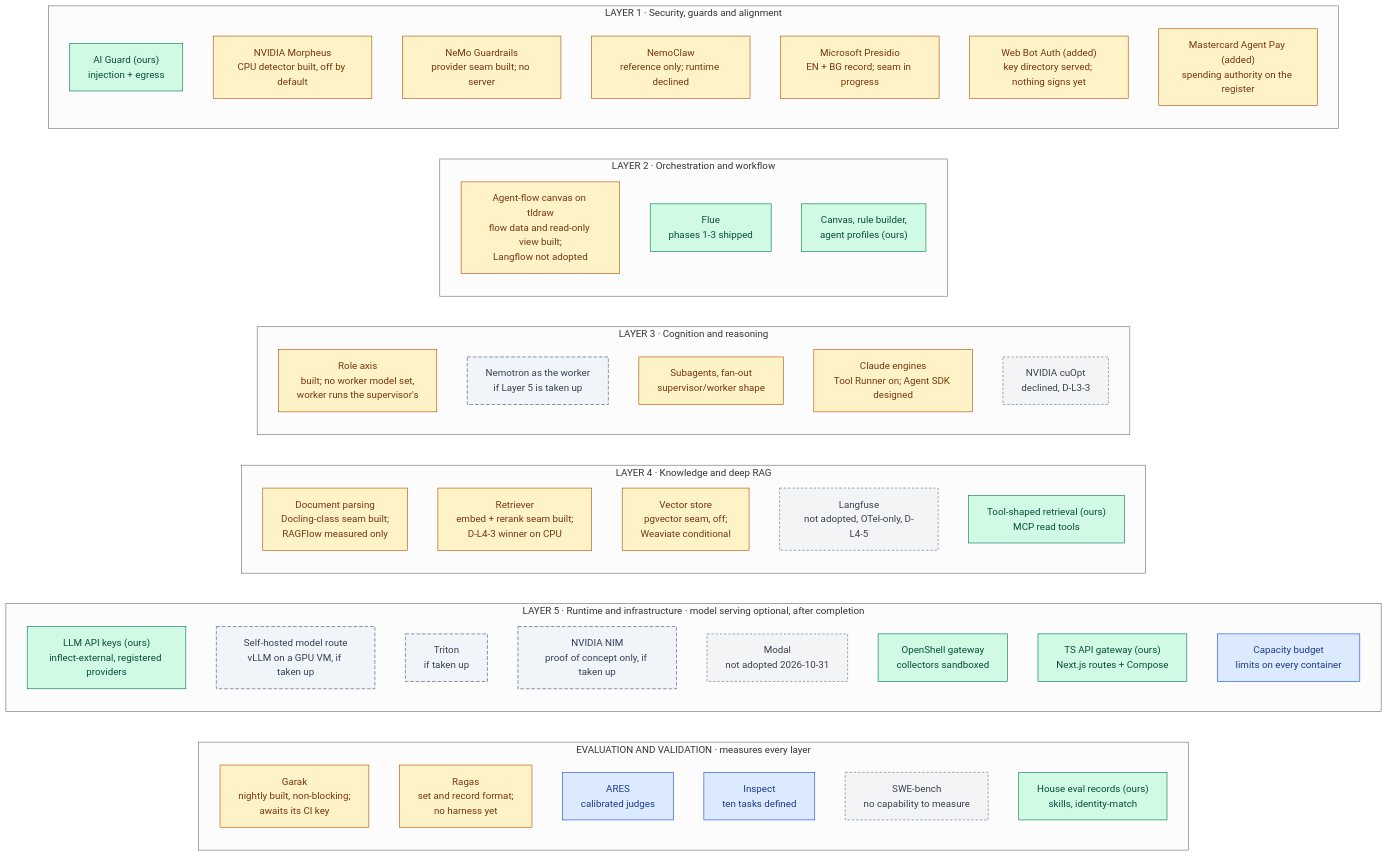
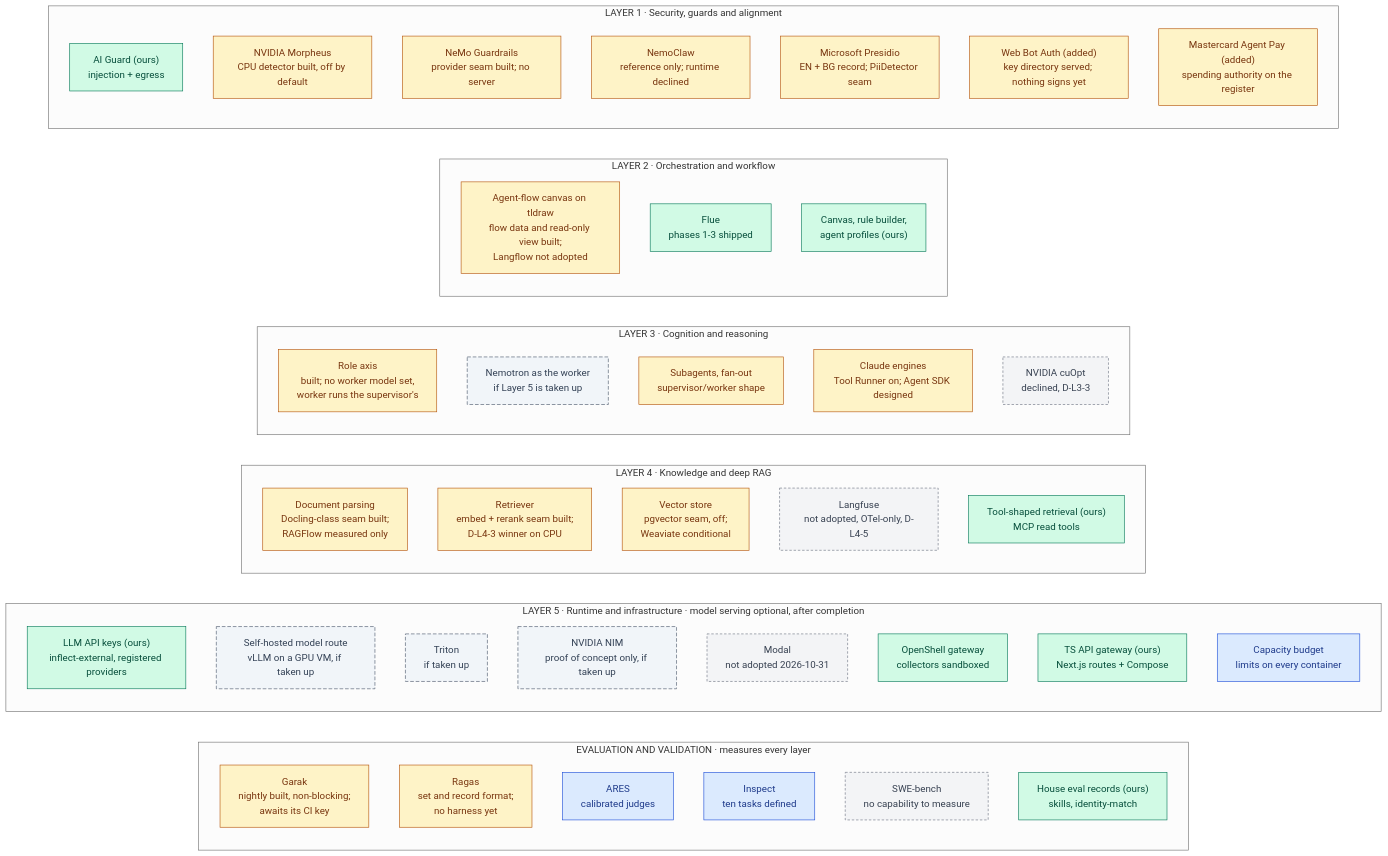
Before and after one commit to RodnaPamet/inflect-compliance: the first of 5 diagrams in docs/ai-architecture-roadmap.md, drawn with Mermaid (neutral theme). The commit also changed other lines of this file, not shown here.

First line of the commit message:
docs(ai-roadmap): the master names the shared in-deployment dial and the built Presidio seam

````diff
--- a/docs/ai-architecture-roadmap.md
+++ b/docs/ai-architecture-roadmap.md
@@ -62,66 +62,66 @@
 ```mermaid
 flowchart LR
   subgraph EV["EVALUATION AND VALIDATION · measures every layer"]
     direction TB
     GA["Garak<br/>nightly built, non-blocking;<br/>awaits its CI key"]:::partial
     RA["Ragas<br/>set and record format;<br/>no harness yet"]:::partial
     AR["ARES<br/>calibrated judges"]:::todo
     IS["Inspect<br/>ten tasks defined"]:::todo
     SB["SWE-bench<br/>no capability to measure"]:::declined
     HR["House eval records (ours)<br/>skills, identity-match"]:::done
   end
 
   subgraph L5["LAYER 5 · Runtime and infrastructure · model serving optional, after completion"]
     direction TB
     API["LLM API keys (ours)<br/>inflect-external, registered providers"]:::done
     MD["Self-hosted model route<br/>vLLM on a GPU VM, if taken up"]:::optional
     TT["Triton<br/>if taken up"]:::optional
     NIM["NVIDIA NIM<br/>proof of concept only, if taken up"]:::optional
     MO5["Modal<br/>not adopted 2026-10-31"]:::declined
     OS["OpenShell gateway<br/>collectors sandboxed"]:::done
     GW["TS API gateway (ours)<br/>Next.js routes + Compose"]:::done
     CAP["Capacity budget<br/>limits on every container"]:::todo
   end
 
   subgraph L4["LAYER 4 · Knowledge and deep RAG"]
     direction TB
     RF["Document parsing<br/>Docling-class seam built;<br/>RAGFlow measured only"]:::partial
     RT["Retriever<br/>embed + rerank seam built;<br/>D-L4-3 winner on CPU"]:::partial
     WV["Vector store<br/>pgvector seam, off;<br/>Weaviate conditional"]:::partial
     LU["Langfuse<br/>not adopted, OTel-only, D-L4-5"]:::declined
     TR["Tool-shaped retrieval (ours)<br/>MCP read tools"]:::done
   end
 
   subgraph L3["LAYER 3 · Cognition and reasoning"]
     direction TB
     NR["Role axis<br/>built; no worker model set,<br/>worker runs the supervisor's"]:::partial
     NW["Nemotron as the worker<br/>if Layer 5 is taken up"]:::optional
     SW["Subagents, fan-out<br/>supervisor/worker shape"]:::partial
     CL["Claude engines<br/>Tool Runner on; Agent SDK designed"]:::partial
     CO["NVIDIA cuOpt<br/>declined, D-L3-3"]:::declined
   end
 
   subgraph L2["LAYER 2 · Orchestration and workflow"]
     direction TB
     LF["Agent-flow canvas on tldraw<br/>flow data and read-only view built;<br/>Langflow not adopted"]:::partial
     FL["Flue<br/>phases 1-3 shipped"]:::done
     CV["Canvas, rule builder,<br/>agent profiles (ours)"]:::done
   end
 
   subgraph L1["LAYER 1 · Security, guards and alignment"]
     direction TB
     AG["AI Guard (ours)<br/>injection + egress"]:::done
     MO["NVIDIA Morpheus<br/>CPU detector built, off by default"]:::partial
     NG["NeMo Guardrails<br/>provider seam built; no server"]:::partial
     NC["NemoClaw<br/>reference only; runtime declined"]:::partial
-    PR["Microsoft Presidio<br/>EN + BG record; seam in progress"]:::partial
+    PR["Microsoft Presidio<br/>EN + BG record; PiiDetector seam"]:::partial
     WB["Web Bot Auth (added)<br/>key directory served; nothing signs yet"]:::partial
     MA["Mastercard Agent Pay (added)<br/>spending authority on the register"]:::partial
   end
 
   classDef done fill:#d1fae5,stroke:#047857,color:#064e3b
   classDef partial fill:#fef3c7,stroke:#b45309,color:#78350f
   classDef todo fill:#dbeafe,stroke:#1d4ed8,color:#1e3a8a
   classDef optional fill:#f1f5f9,stroke:#475569,color:#334155,stroke-dasharray:6 3
   classDef declined fill:#f3f4f6,stroke:#6b7280,color:#374151,stroke-dasharray:4 3
 ```
````
